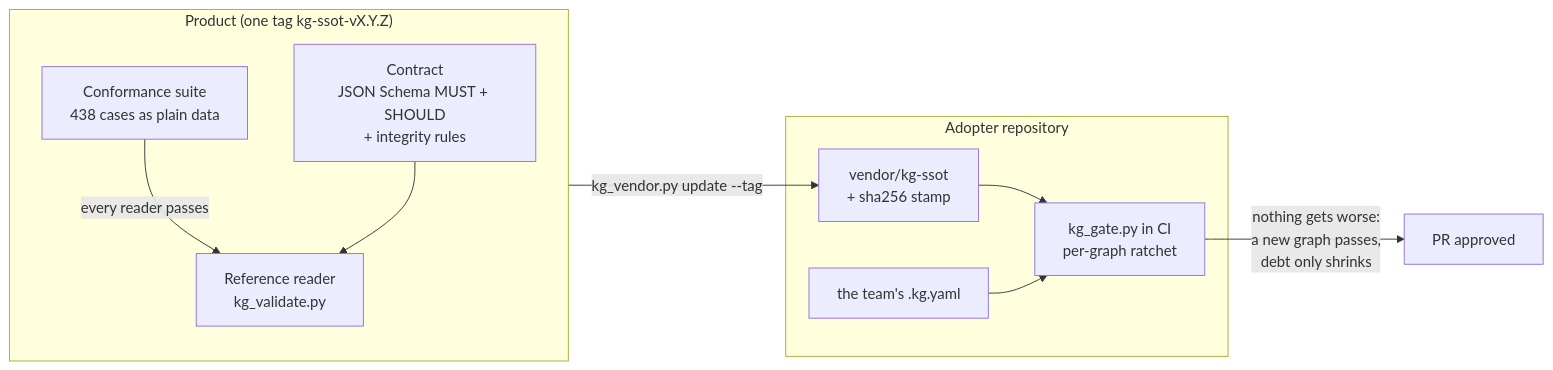
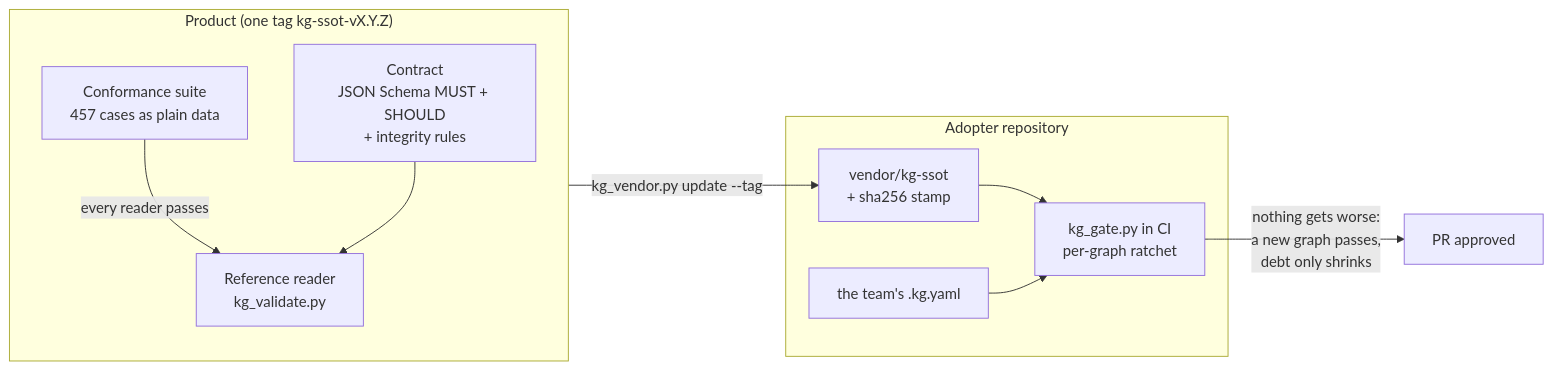
One commit to marciocar/kg-ssot changed the diagram in README.md. Above: the diagram before and after it, drawn with Mermaid. The commit also changed other lines of this file and 28 other files, not shown here.

````diff
--- a/README.md
+++ b/README.md
@@ -135,19 +137,19 @@
 ```mermaid
 flowchart LR
   subgraph product["Product (one tag kg-ssot-vX.Y.Z)"]
     C["Contract<br/>JSON Schema MUST + SHOULD<br/>+ integrity rules"]
-    S["Conformance suite<br/>438 cases as plain data"]
+    S["Conformance suite<br/>457 cases as plain data"]
     R["Reference reader<br/>kg_validate.py"]
     S -- "every reader passes" --> R
     C --> R
   end
   subgraph adopter["Adopter repository"]
     V["vendor/kg-ssot<br/>+ sha256 stamp"]
     G["kg_gate.py in CI<br/>per-graph ratchet"]
     K["the team's .kg.yaml"]
     V --> G
     K --> G
   end
   product -- "kg_vendor.py update --tag" --> V
   G -- "nothing gets worse:<br/>a new graph passes,<br/>debt only shrinks" --> PR["PR approved"]
 ```
````
